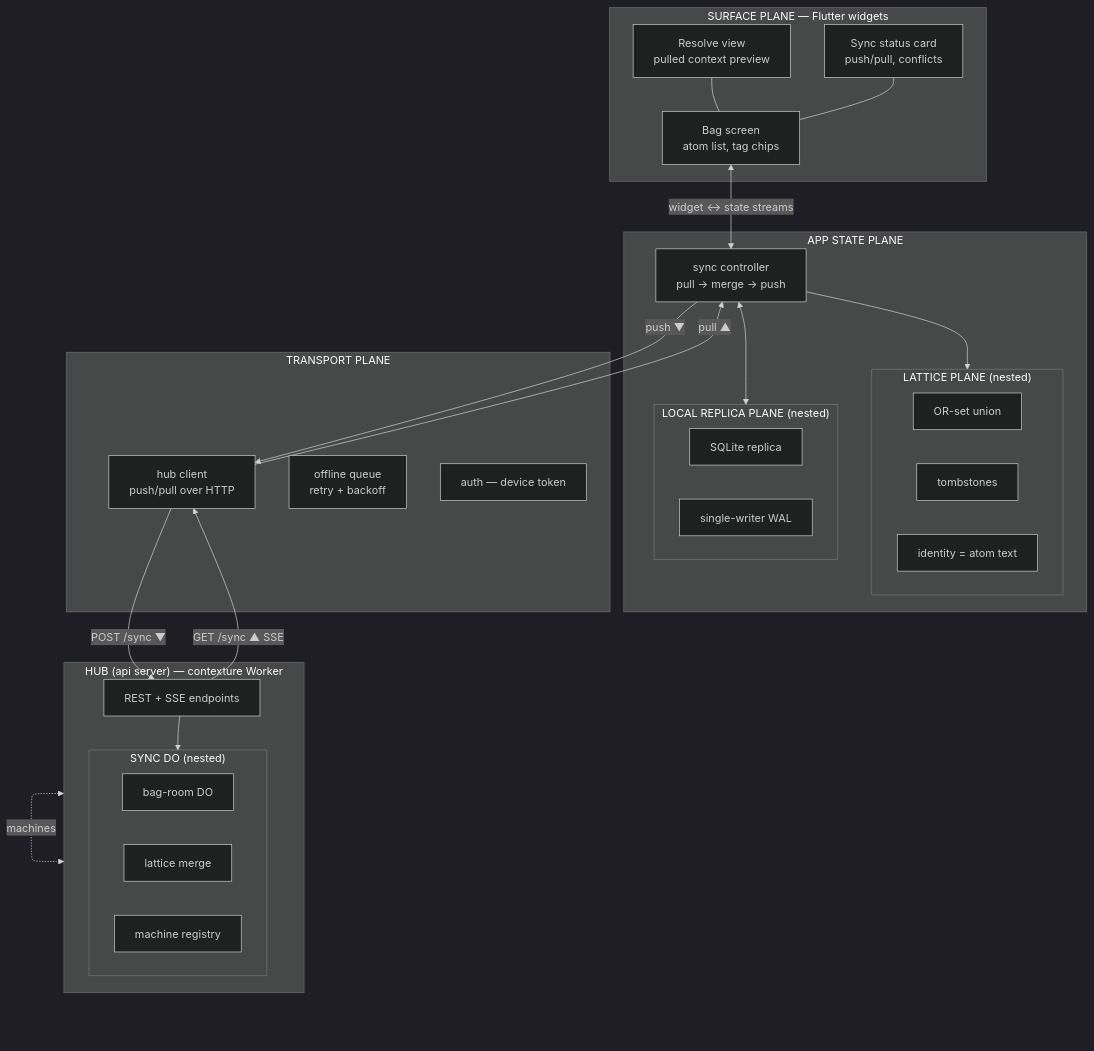
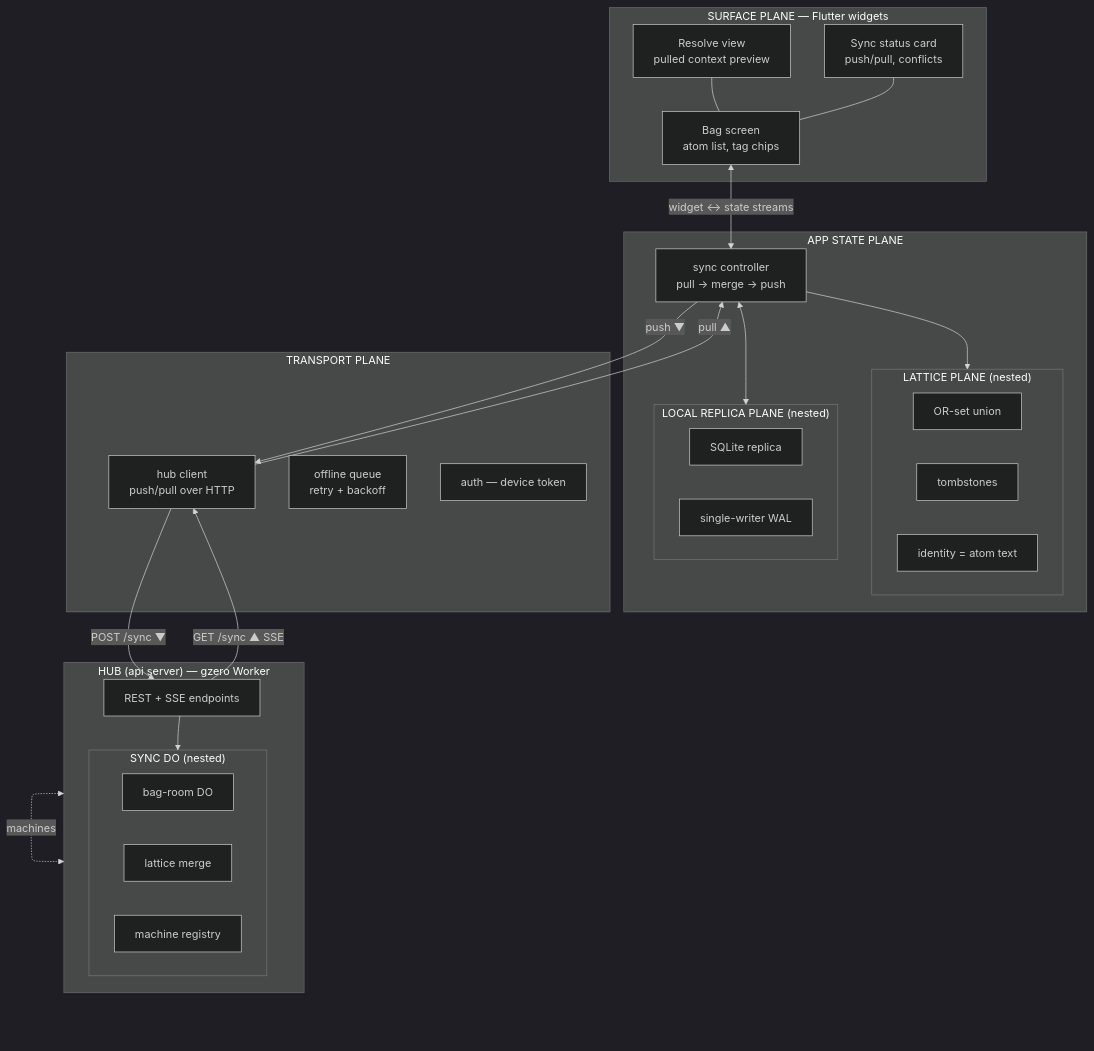
The diagram in research/flutter-client.md (fluid-notion-labs/gzero), drawn with Mermaid (dark theme) before and after one commit. The commit also changed other lines of this file and 60 other files, not shown here.

First line of the commit message:
rename: contexture is now gzero

````diff
--- a/research/flutter-client.md
+++ b/research/flutter-client.md
@@ -25,49 +25,49 @@
 ```mermaid
 flowchart TB
     subgraph SURFACE["SURFACE PLANE — Flutter widgets"]
         BAG["Bag screen\natom list, tag chips"]
         RES["Resolve view\npulled context preview"]
         SYNCUI["Sync status card\npush/pull, conflicts"]
     end
 
     subgraph STATE["APP STATE PLANE"]
         SC["sync controller\npull → merge → push"]
         subgraph LATTICE["LATTICE PLANE (nested)"]
             ORSET["OR-set union"]
             TOMB["tombstones"]
             IDENT["identity = atom text"]
         end
         subgraph REPLICA["LOCAL REPLICA PLANE (nested)"]
             SQL["SQLite replica"]
             WAL["single-writer WAL"]
         end
     end
 
     subgraph TRANS["TRANSPORT PLANE"]
         HC["hub client\npush/pull over HTTP"]
         QUEUE["offline queue\nretry + backoff"]
         AUTH["auth — device token"]
     end
 
-    subgraph HUB["HUB (api server) — contexture Worker"]
+    subgraph HUB["HUB (api server) — gzero Worker"]
         EP["REST + SSE endpoints"]
         subgraph DO["SYNC DO (nested)"]
             ROOM["bag-room DO"]
             MERGE["lattice merge"]
             REG["machine registry"]
         end
     end
 
     BAG <-->|"widget ↔ state streams"| SC
     RES --- BAG
     SYNCUI --- BAG
     SC --> LATTICE
     SC <--> REPLICA
     SC -->|"push ▼"| HC
     HC -->|"pull ▲"| SC
     HC -->|"POST /sync ▼"| EP
     EP -->|"GET /sync ▲ SSE"| HC
     EP --> DO
 
     HUB <-.->|"machines"| HUB
 ```
````
